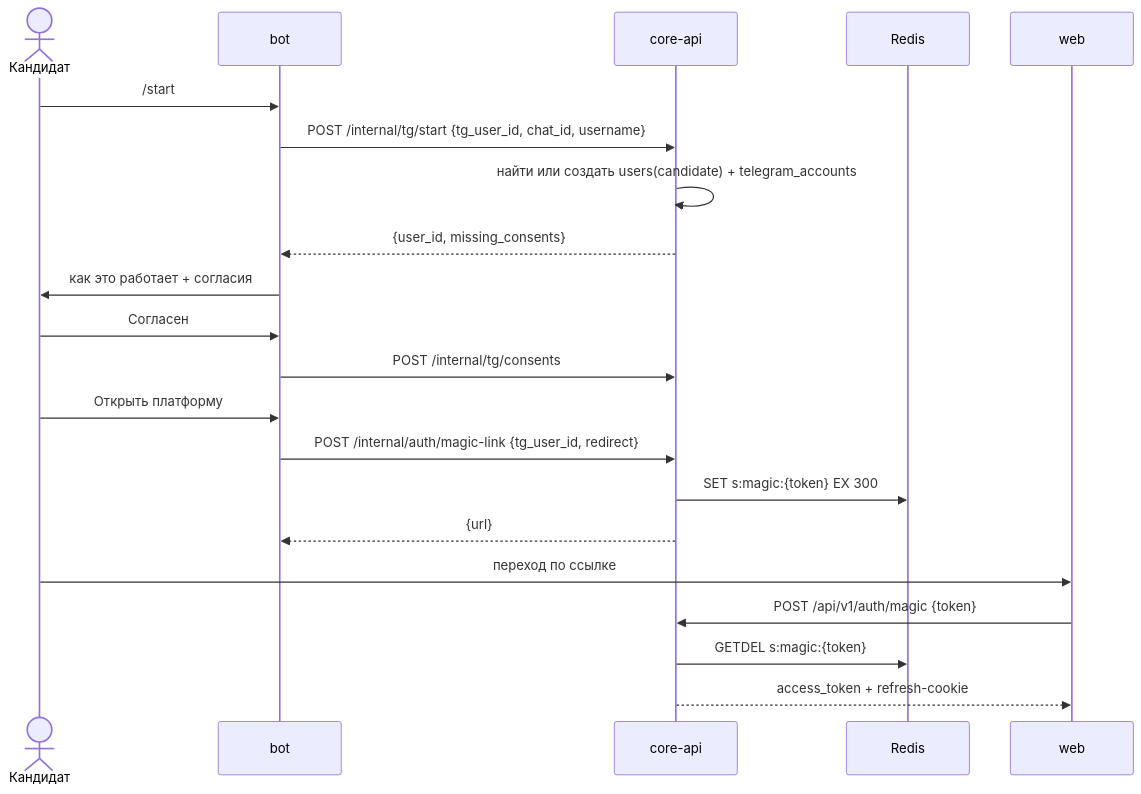
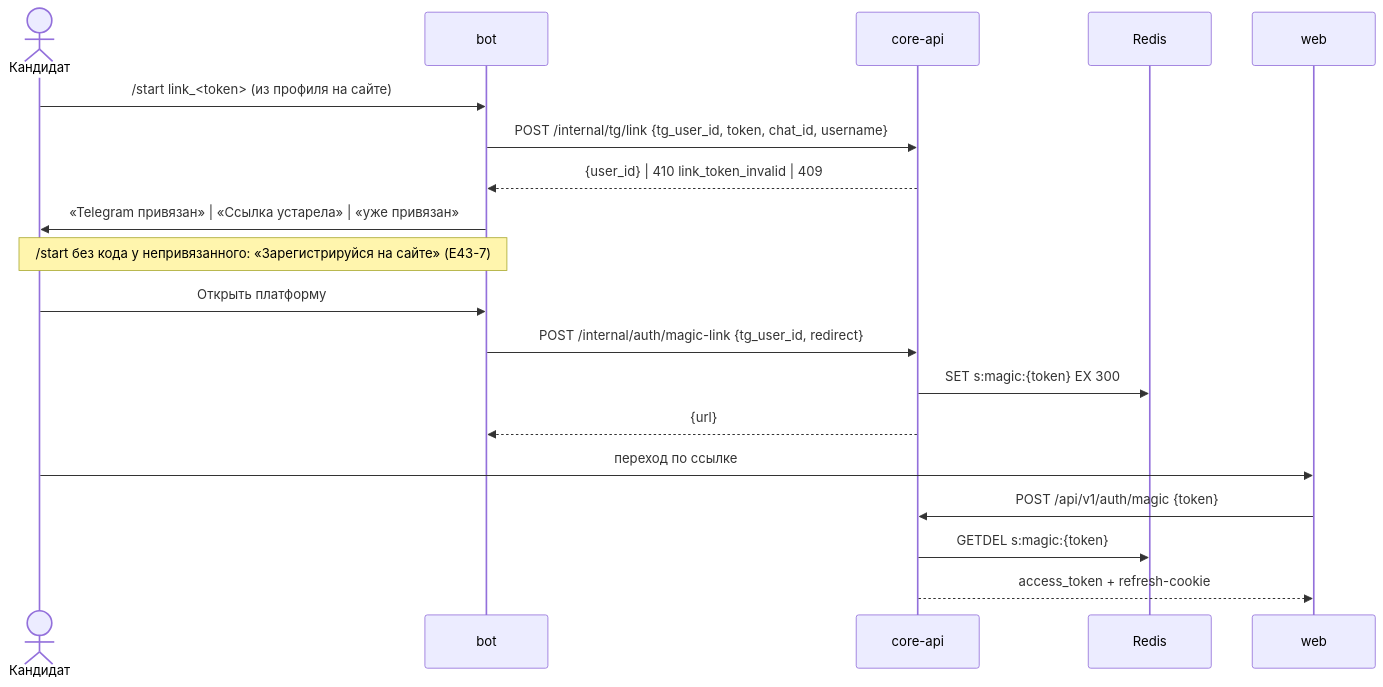
Before and after one commit to 34elo/lct-fsp: the first of 10 diagrams in docs/architecture/flows.md, drawn with Mermaid. The commit also changed other lines of this file and 16 other files, not shown here.

````diff
--- a/docs/architecture/flows.md
+++ b/docs/architecture/flows.md
@@ -11,23 +11,21 @@
 ```mermaid
 sequenceDiagram
   actor U as Кандидат
   participant B as bot
   participant API as core-api
   participant R as Redis
   participant W as web
-  U->>B: /start
-  B->>API: POST /internal/tg/start {tg_user_id, chat_id, username}
-  API->>API: найти или создать users(candidate) + telegram_accounts
-  API-->>B: {user_id, missing_consents}
-  B->>U: как это работает + согласия
-  U->>B: Согласен
-  B->>API: POST /internal/tg/consents
+  U->>B: /start link_<token> (из профиля на сайте)
+  B->>API: POST /internal/tg/link {tg_user_id, token, chat_id, username}
+  API-->>B: {user_id} | 410 link_token_invalid | 409
+  B->>U: «Telegram привязан» | «Ссылка устарела» | «уже привязан»
+  Note over B,U: /start без кода у непривязанного: «Зарегистрируйся на сайте» (E43-7)
   U->>B: Открыть платформу
   B->>API: POST /internal/auth/magic-link {tg_user_id, redirect}
   API->>R: SET s:magic:{token} EX 300
   API-->>B: {url}
   U->>W: переход по ссылке
   W->>API: POST /api/v1/auth/magic {token}
   API->>R: GETDEL s:magic:{token}
   API-->>W: access_token + refresh-cookie
 ```
````
